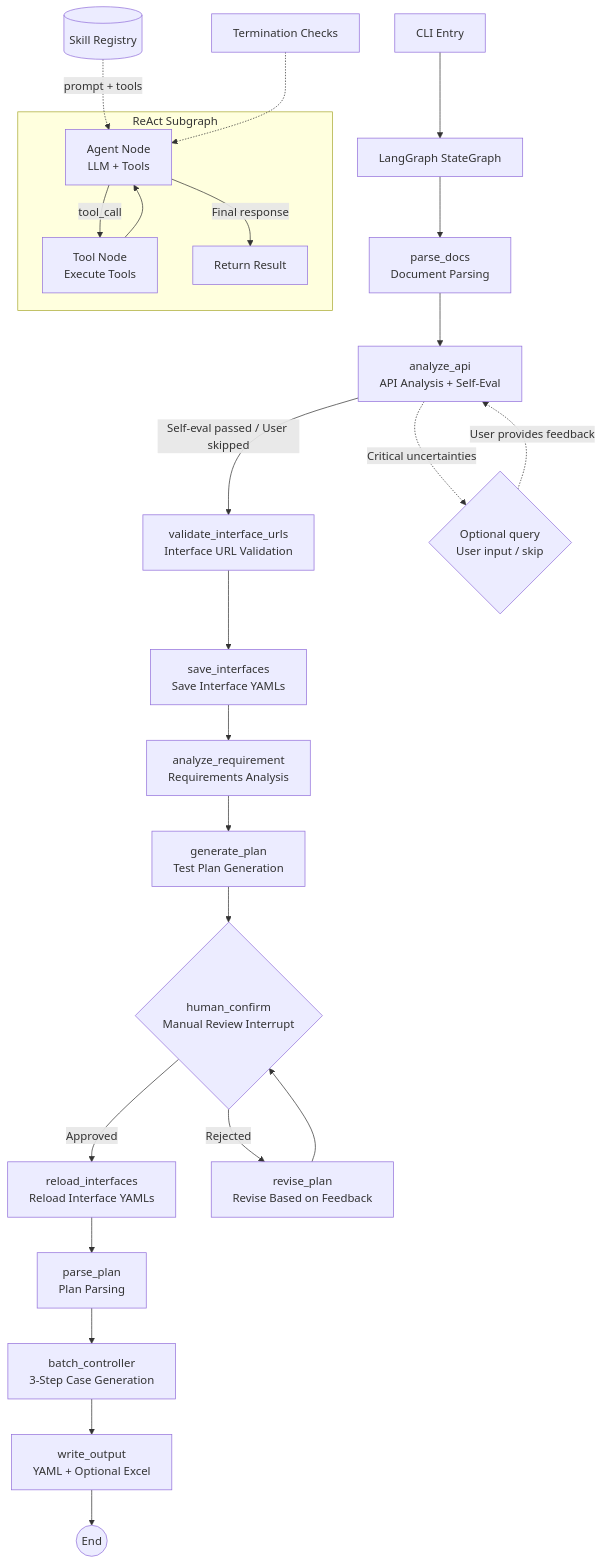
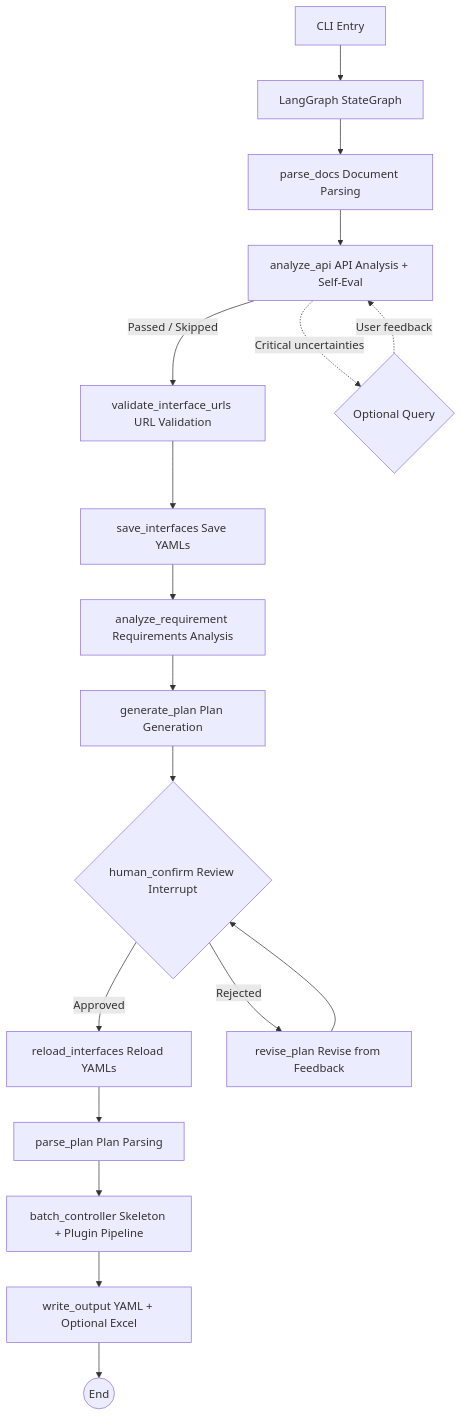
One commit to Remon-16/flow-forge changed the diagram in agent/README.en.md. Above: the diagram before and after it, drawn with Mermaid. The commit also changed other lines of this file and 48 other files, not shown here.

````diff
--- a/agent/README.en.md
+++ b/agent/README.en.md
@@ -9,29 +9,20 @@
 ```mermaid
 graph TD
     CLI[CLI Entry] --> GRAPH[LangGraph StateGraph]
-    GRAPH --> PARSE[parse_docs<br/>Document Parsing]
-    PARSE --> ANALYZE_API[analyze_api<br/>API Analysis + Self-Eval]
-    ANALYZE_API -->|Self-eval passed / User skipped| VALIDATE_URLS[validate_interface_urls<br/>Interface URL Validation]
-    ANALYZE_API -.->|Critical uncertainties| API_ASK{Optional query<br/>User input / skip}
-    API_ASK -.->|User provides feedback| ANALYZE_API
-    VALIDATE_URLS --> SAVE_IFACES[save_interfaces<br/>Save Interface YAMLs]
-    SAVE_IFACES --> ANALYZE_REQ[analyze_requirement<br/>Requirements Analysis]
-    ANALYZE_REQ --> GEN_PLAN[generate_plan<br/>Test Plan Generation]
-    GEN_PLAN --> CONFIRM{human_confirm<br/>Manual Review Interrupt}
-    CONFIRM -->|Approved| RELOAD_IFACES[reload_interfaces<br/>Reload Interface YAMLs]
-    CONFIRM -->|Rejected| REVISE[revise_plan<br/>Revise Based on Feedback]
+    GRAPH --> PARSE[parse_docs Document Parsing]
+    PARSE --> ANALYZE_API[analyze_api API Analysis + Self-Eval]
+    ANALYZE_API -->|Passed / Skipped| VALIDATE_URLS[validate_interface_urls URL Validation]
+    ANALYZE_API -.->|Critical uncertainties| API_ASK{Optional Query}
+    API_ASK -.->|User feedback| ANALYZE_API
+    VALIDATE_URLS --> SAVE_IFACES[save_interfaces Save YAMLs]
+    SAVE_IFACES --> ANALYZE_REQ[analyze_requirement Requirements Analysis]
+    ANALYZE_REQ --> GEN_PLAN[generate_plan Plan Generation]
+    GEN_PLAN --> CONFIRM{human_confirm Review Interrupt}
+    CONFIRM -->|Approved| RELOAD_IFACES[reload_interfaces Reload YAMLs]
+    CONFIRM -->|Rejected| REVISE[revise_plan Revise from Feedback]
     REVISE --> CONFIRM
-    RELOAD_IFACES --> PARSE_PLAN[parse_plan<br/>Plan Parsing]
-    PARSE_PLAN --> BATCH[batch_controller<br/>3-Step Case Generation]
-    BATCH --> WRITE[write_output<br/>YAML + Optional Excel]
+    RELOAD_IFACES --> PARSE_PLAN[parse_plan Plan Parsing]
+    PARSE_PLAN --> BATCH[batch_controller Skeleton + Plugin Pipeline]
+    BATCH --> WRITE[write_output YAML + Optional Excel]
     WRITE --> END((End))
-
-    subgraph ReAct Subgraph
-        AGENT[Agent Node<br/>LLM + Tools] -->|tool_call| TOOLS[Tool Node<br/>Execute Tools]
-        TOOLS --> AGENT
-        AGENT -->|Final response| DONE[Return Result]
-    end
-
-    SKILLS[(Skill Registry)] -.->|prompt + tools| AGENT
-    TERM[Termination Checks] -.-> AGENT
 ```
````
